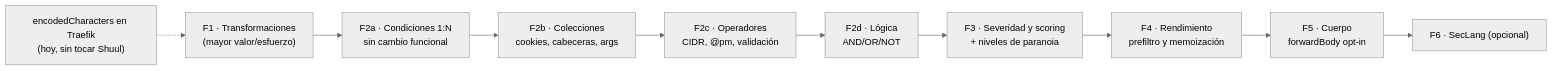
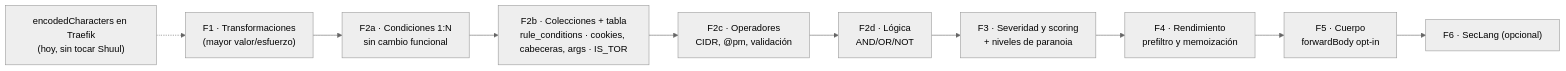
Before and after one commit to atareao/shuul: the diagram in WAF-ROADMAP.md, drawn with Mermaid (neutral theme). The commit also changed other lines of this file and 1 other file, not shown here.

````diff
--- a/WAF-ROADMAP.md
+++ b/WAF-ROADMAP.md
@@ -358,12 +378,12 @@
 ```mermaid
 flowchart LR
   F1["F1 · Transformaciones<br/>(mayor valor/esfuerzo)"] --> F2a["F2a · Condiciones 1:N<br/>sin cambio funcional"]
-  F2a --> F2b["F2b · Colecciones<br/>cookies, cabeceras, args"]
+  F2a --> F2b["F2b · Colecciones + tabla<br/>rule_conditions · cookies, cabeceras, args · IS_TOR"]
   F2b --> F2c["F2c · Operadores<br/>CIDR, @pm, validación"]
   F2c --> F2d["F2d · Lógica<br/>AND/OR/NOT"]
   F2d --> F3["F3 · Severidad y scoring<br/>+ niveles de paranoia"]
   F3 --> F4["F4 · Rendimiento<br/>prefiltro y memoización"]
   F4 --> F5["F5 · Cuerpo<br/>forwardBody opt-in"]
   F5 --> F6["F6 · SecLang (opcional)"]
   X["encodedCharacters en Traefik<br/>(hoy, sin tocar Shuul)"] -.-> F1
 ```
````
